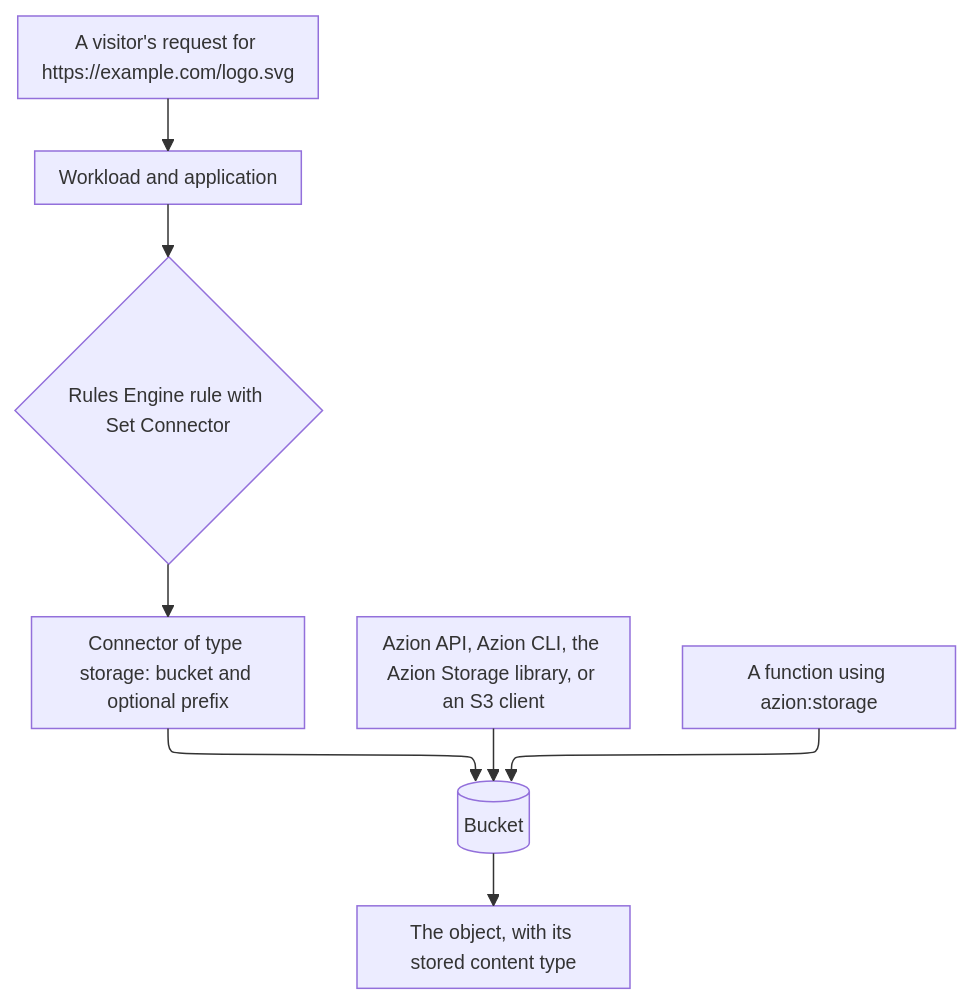
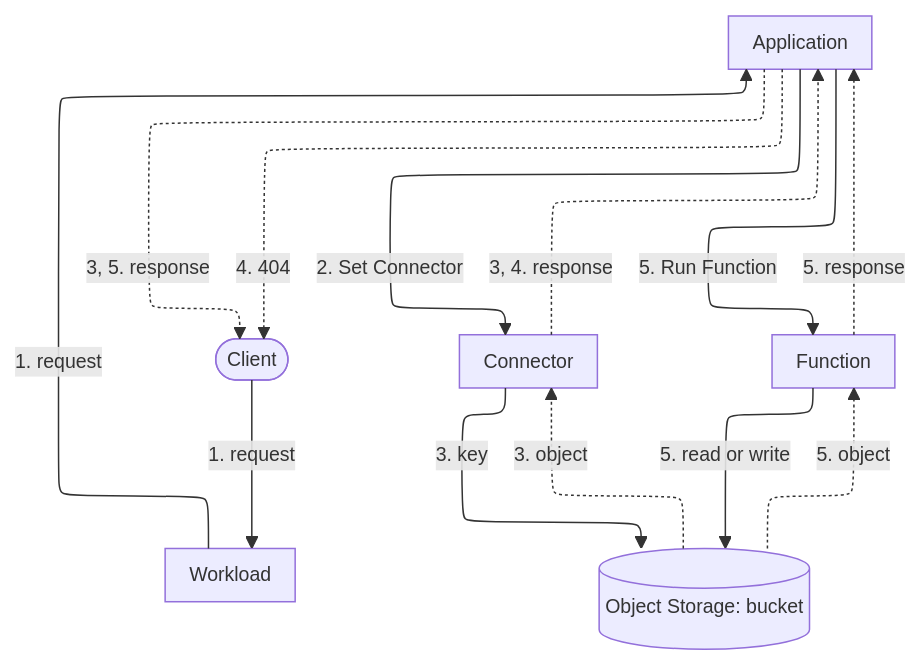
The diagram in apps/docs/src/content/docs/en/pages/main-menu/reference/store/object-storage/index.mdx (aziontech/docs), drawn with Mermaid before and after one commit. The commit also changed other lines of this file and 41 other files, not shown here.

Commit message:
fix(object-storage): test the Object Storage section against the product and correct the pages (#2712)

````diff
--- a/apps/docs/src/content/docs/en/pages/main-menu/reference/store/object-storage/index.mdx
+++ b/apps/docs/src/content/docs/en/pages/main-menu/reference/store/object-storage/index.mdx
@@ -64,11 +34,22 @@
 ```mermaid
-%%{init: {"layout": "elk", "themeVariables": {"fontSize": "13px"}, "flowchart": {"nodeSpacing": 24, "rankSpacing": 36, "padding": 8, "wrappingWidth": 150, "useMaxWidth": true}, "sequence": {"width": 120, "actorMargin": 30, "useMaxWidth": true}}}%%
+%%{init: {"layout": "elk", "elk": {"cycleBreakingStrategy": "MODEL_ORDER"}, "themeVariables": {"fontSize": "13px"}, "flowchart": {"nodeSpacing": 24, "rankSpacing": 36, "padding": 8, "wrappingWidth": 150, "useMaxWidth": true}, "sequence": {"width": 120, "actorMargin": 30, "useMaxWidth": true}}}%%
 flowchart TD
-  Client["A visitor's request for https://example.com/logo.svg"] --> App["Workload and application"]
-  App --> Rule{"Rules Engine rule with Set Connector"}
-  Rule --> Conn["Connector of type storage: bucket and optional prefix"]
-  Conn --> Bucket[("Bucket")]
-  Tool["Azion API, Azion CLI, the Azion Storage library, or an S3 client"] --> Bucket
-  Fn["A function using azion:storage"] --> Bucket
-  Bucket --> Object["The object, with its stored content type"]
+  Client(["Client"])
+  WL["Workload"]
+  App["Application"]
+  Conn["Connector"]
+  Fn["Function"]
+  Bucket[("Object Storage: bucket")]
+  Client -->|"1. request"| WL
+  WL -->|"1. request"| App
+  App -->|"2. Set Connector"| Conn
+  Conn -->|"3. key"| Bucket
+  Bucket -.->|"3. object"| Conn
+  Conn -.->|"3, 4. response"| App
+  App -->|"5. Run Function"| Fn
+  Fn -->|"5. read or write"| Bucket
+  Bucket -.->|"5. object"| Fn
+  Fn -.->|"5. response"| App
+  App -.->|"3, 5. response"| Client
+  App -.->|"4. 404"| Client
 ```
````
